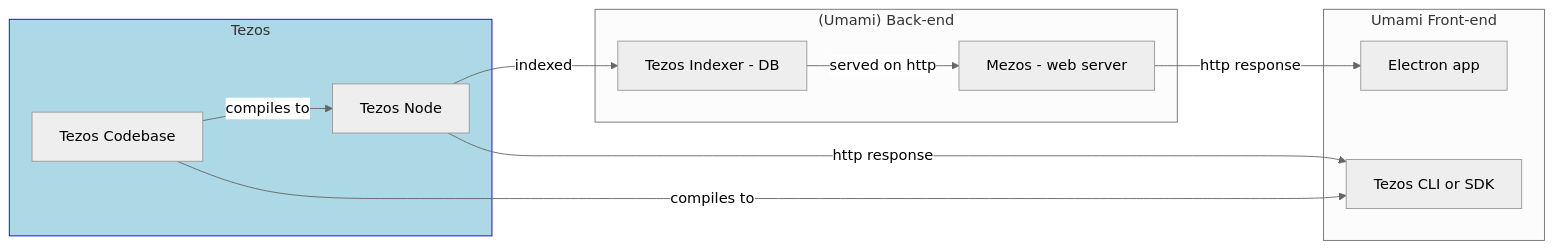
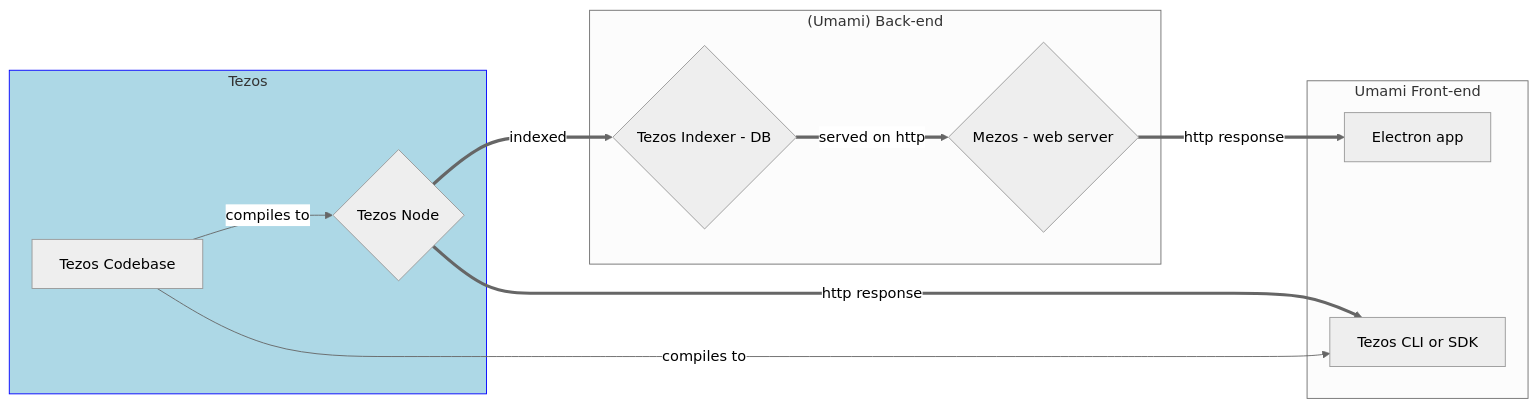
One commit to trilitech/umami-v1 changed the diagram in docs/specs/infra-schema.md. Above: the diagram before and after it, drawn with Mermaid (neutral theme).

Commit message:
light evolution on the building blocks graph to differentiate the executables and the code-bases

````diff
--- a/docs/specs/infra-schema.md
+++ b/docs/specs/infra-schema.md
@@ -1,32 +1,27 @@
 ```mermaid
 graph LR
-   
 
-  subgraph "Umami Front-end" 
+subgraph "Umami Front-end" 
     Node1[Electron app]
     Node3[Tezos CLI or SDK]
-  end
+end
 
 subgraph "Tezos"
-     Node2[Tezos Node]
+  Node2{Tezos Node}
   Node5[Tezos Codebase]
 end
 style Tezos fill:lightblue,stroke:blue,stroke-width:1px
-
-
 subgraph "(Umami) Back-end"
-     Node6[Tezos Indexer - DB]
-     Node7[Mezos - web server]
+     Node6{Tezos Indexer - DB}
+     Node7{Mezos - web server}
 end
-
 
   Node5 -- compiles to --> Node3
   Node5 -- compiles to --> Node2
 
-  Node6 -- served on http --> Node7
-  Node2 -- indexed --> Node6
+  Node6 == served on http ==> Node7
+  Node2 == indexed        ==> Node6
 
-  Node2 -- http response --> Node3
-  Node7 -- http response --> Node1
-
+  Node2 == http response ==> Node3
+  Node7 == http response ==> Node1
 ```
````
